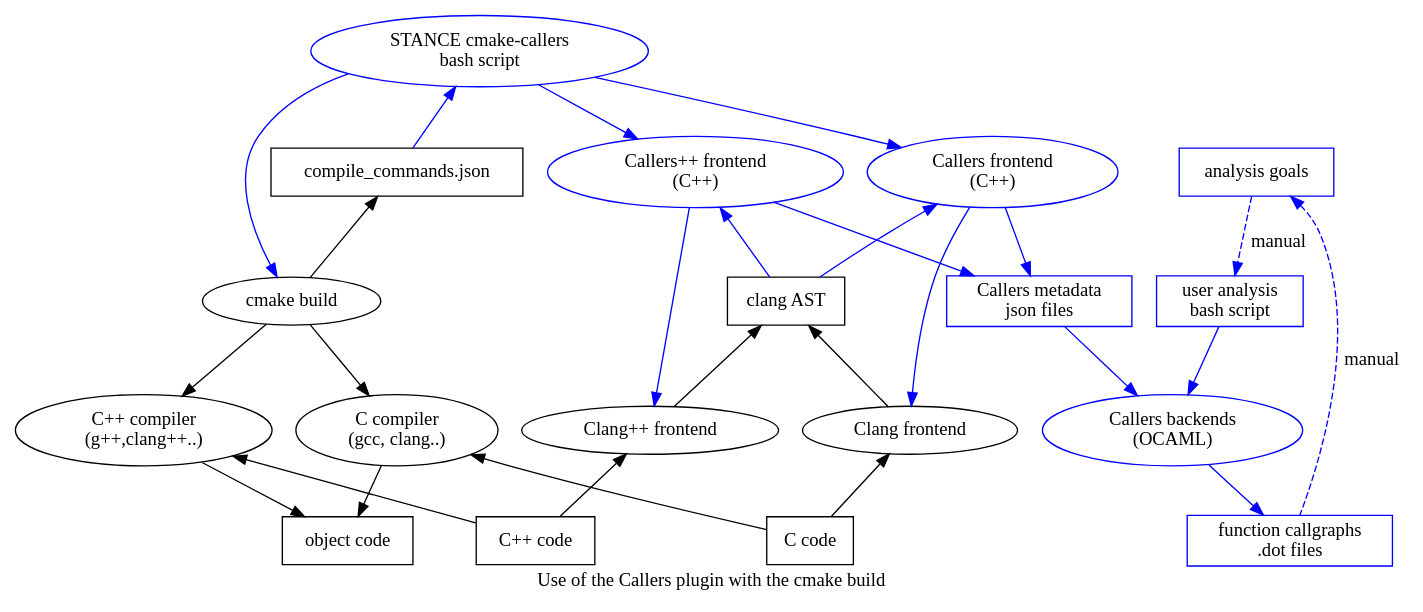
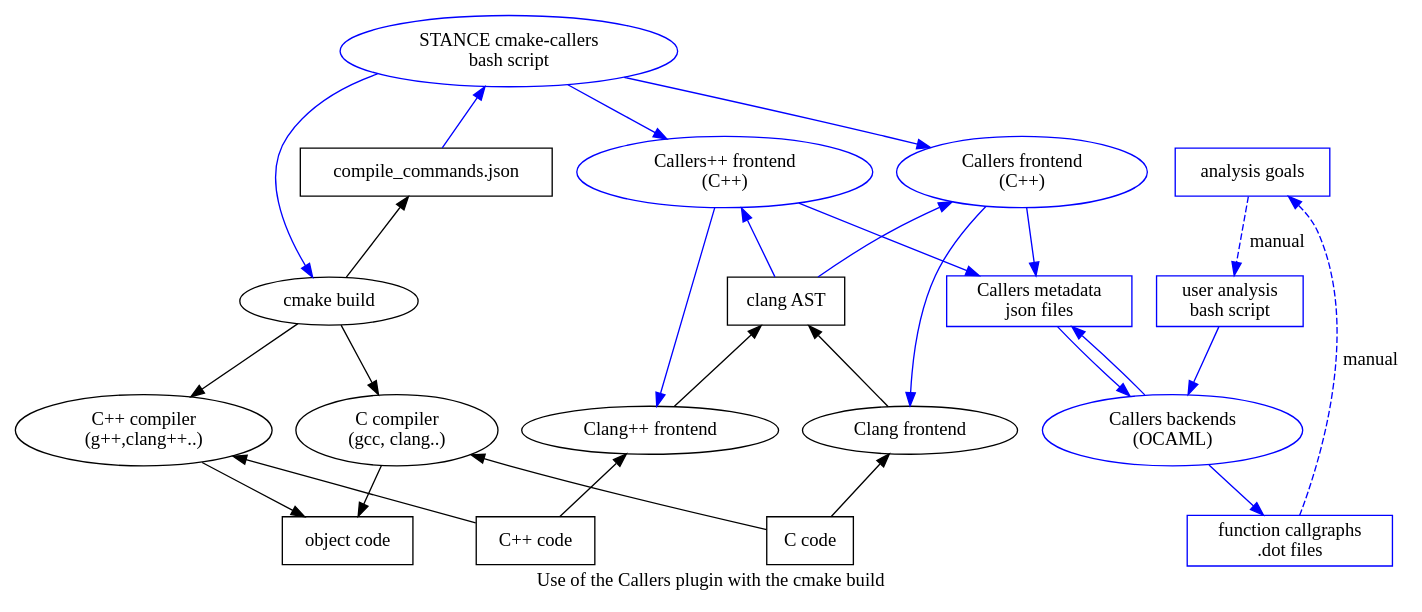
The second of 10 diagrams in doc/callers.org (hbalp/callers), drawn with Graphviz before and after one commit. The commit also changed other lines of this file, not shown here.

```diff
--- a/doc/callers.org
+++ b/doc/callers.org
@@ -305,6 +307,7 @@
 "function callgraphs" [ label="function callgraphs\n.dot files", shape=box, color=blue ]
 "callers backends" [ label="Callers backends\n(OCAML)", color="blue" ]
 "metadata json file" -> "callers backends" [ color=blue ]
+"metadata json file" -> "callers backends" [ dir=back, color=blue ]
 "user config" -> "callers backends" [ color=blue ]
 "callers backends" -> "function callgraphs" [ color=blue ]
 
```
